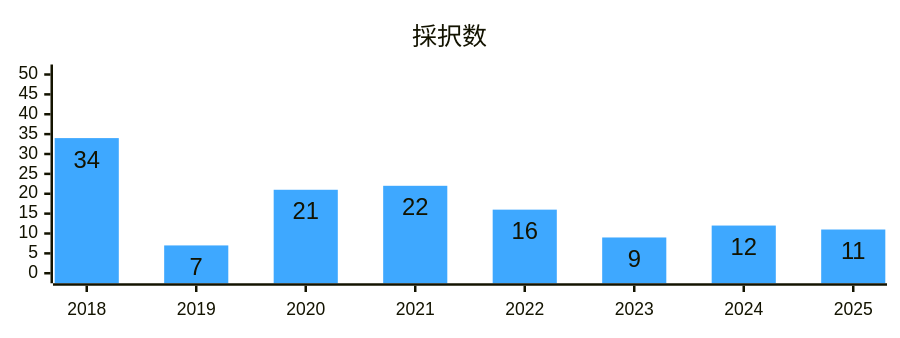
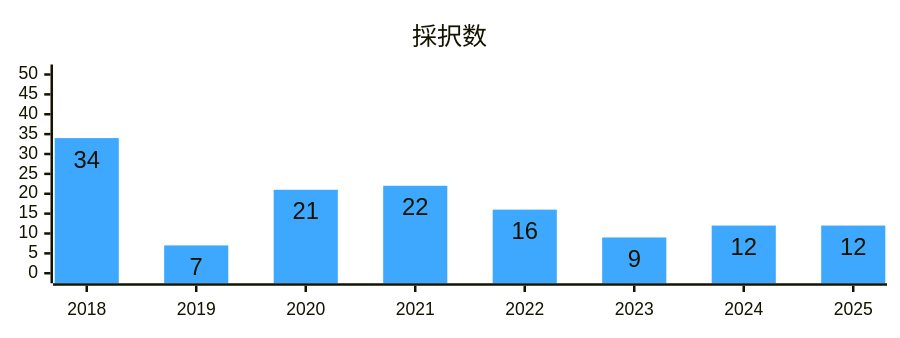
The fifth of 21 diagrams in articles/iosdc-2025-cfp.md (psbss/blog), drawn with Mermaid before and after one commit. The commit also changed other lines of this file, not shown here.

````diff
--- a/articles/iosdc-2025-cfp.md
+++ b/articles/iosdc-2025-cfp.md
@@ -137,16 +127,16 @@
 ```mermaid
 ---
 config:
     xyChart:
         height: 250
         showDataLabel: true
     themeVariables:
         xyChart:
             plotColorPalette: '#3EA8FF'
 ---
 xychart-beta
     title "採択数"
     x-axis [2018, 2019, 2020, 2021, 2022, 2023, 2024, 2025]
     y-axis 0 --> 50
-    bar [34, 7, 21, 22, 16, 9, 12, 11]
+    bar [34, 7, 21, 22, 16, 9, 12, 12]
 ```
````
